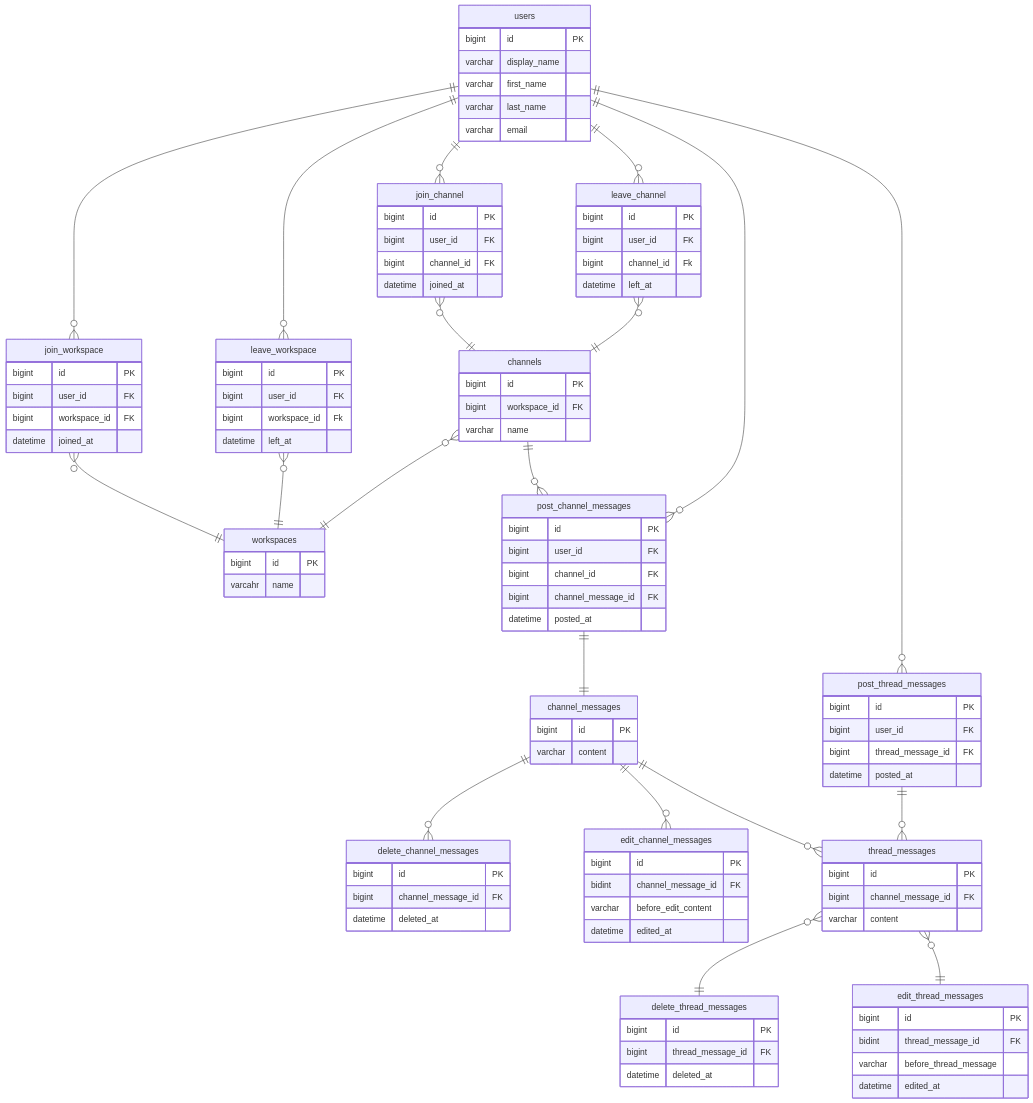
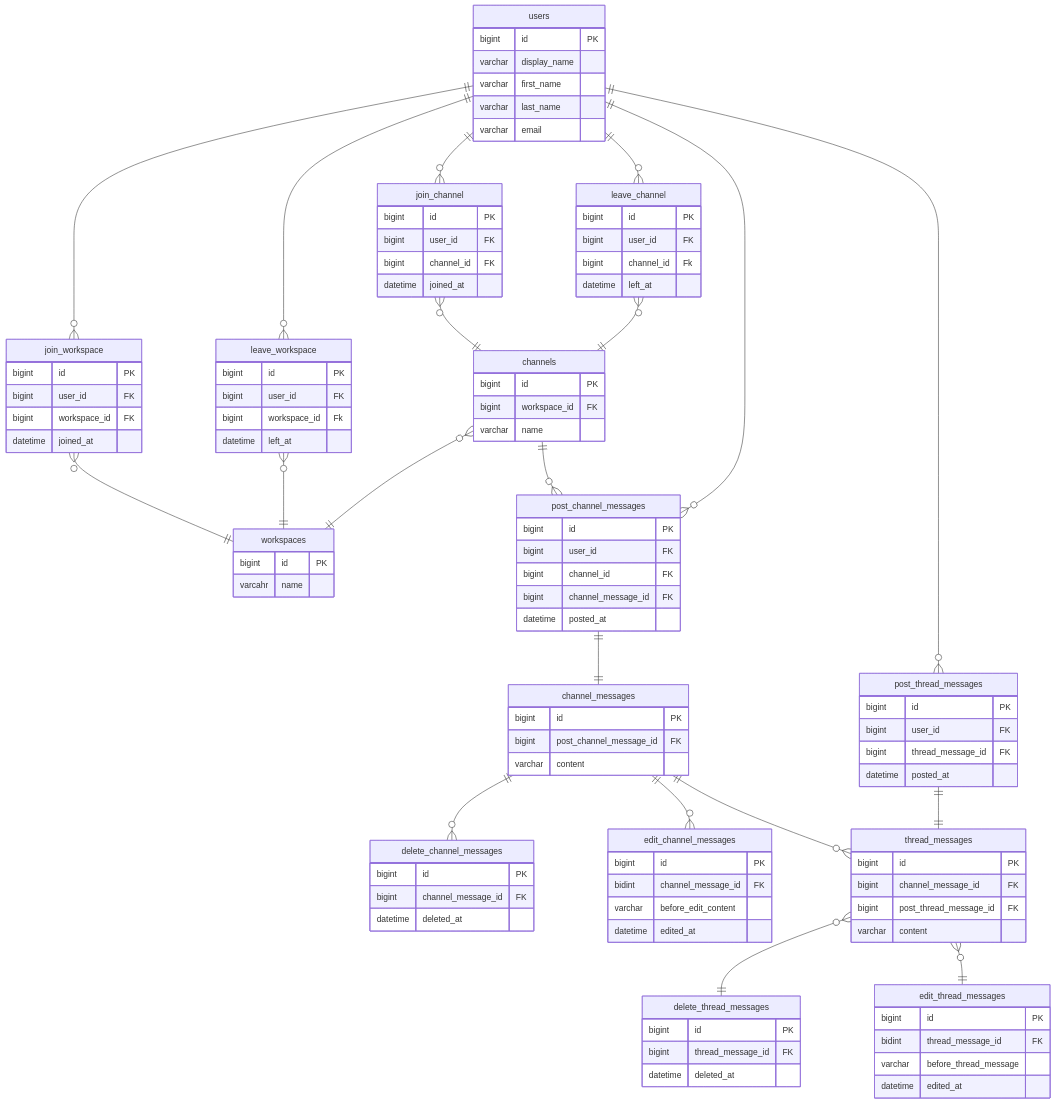
Before and after one commit to praha-inc/praha-challenge-7: the diagram in I84PdeRyF2ApGF/db_modeling02/er_diagram.md, drawn with Mermaid.

Commit message:
[Fix] relationの修正&カラム追加

```diff
--- a/I84PdeRyF2ApGF/db_modeling02/er_diagram.md
+++ b/I84PdeRyF2ApGF/db_modeling02/er_diagram.md
@@ -18,7 +18,7 @@
 	channel_messages ||--o{ delete_channel_messages : ""
 	channel_messages ||--o{ edit_channel_messages : ""
 	channel_messages ||--o{ thread_messages : ""
-	post_thread_messages ||--o{ thread_messages : ""
+	post_thread_messages ||--|| thread_messages : ""
 	thread_messages }o--|| delete_thread_messages : ""
 	thread_messages }o--|| edit_thread_messages : ""
 
@@ -87,6 +87,7 @@
 	thread_messages{
         bigint id PK
 		bigint channel_message_id FK
+		bigint post_thread_message_id FK
 		varchar content
 	}
 
@@ -108,6 +109,7 @@
 
 	channel_messages{
         bigint id PK
+		bigint post_channel_message_id FK
 		varchar content
 	}	
 	
```
